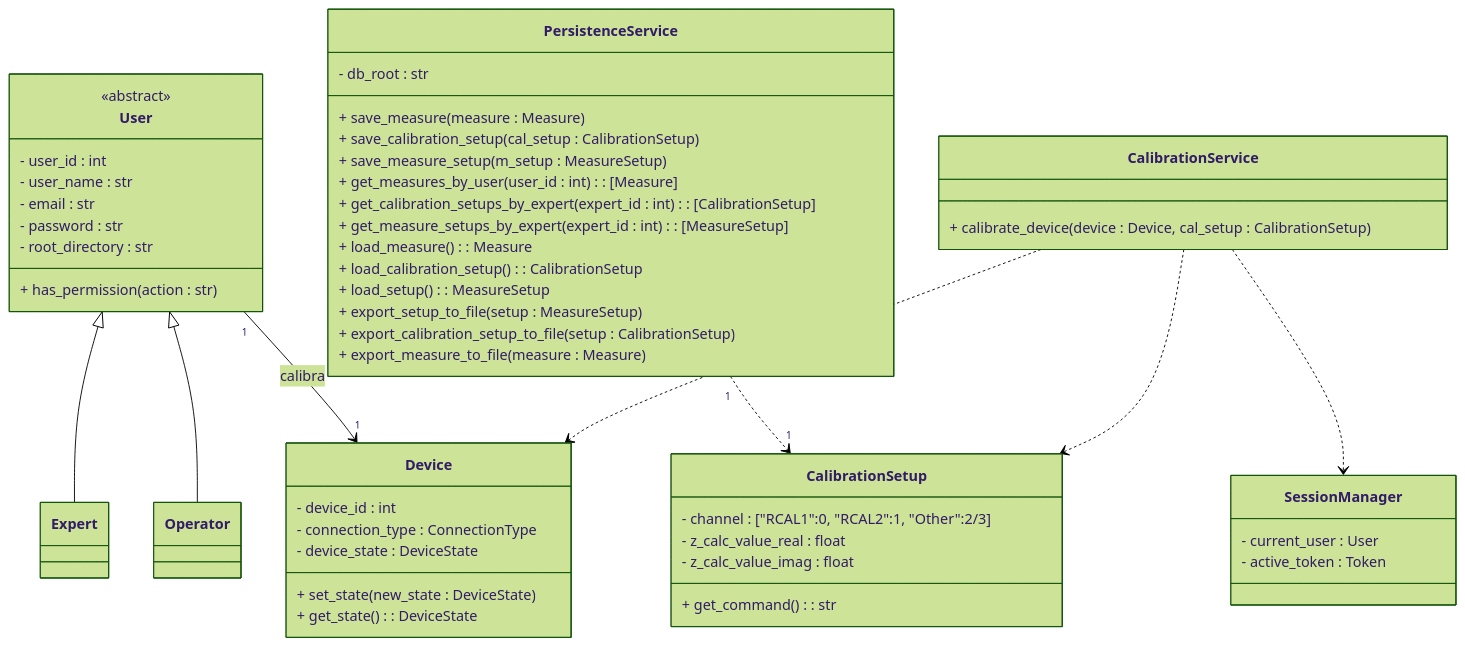
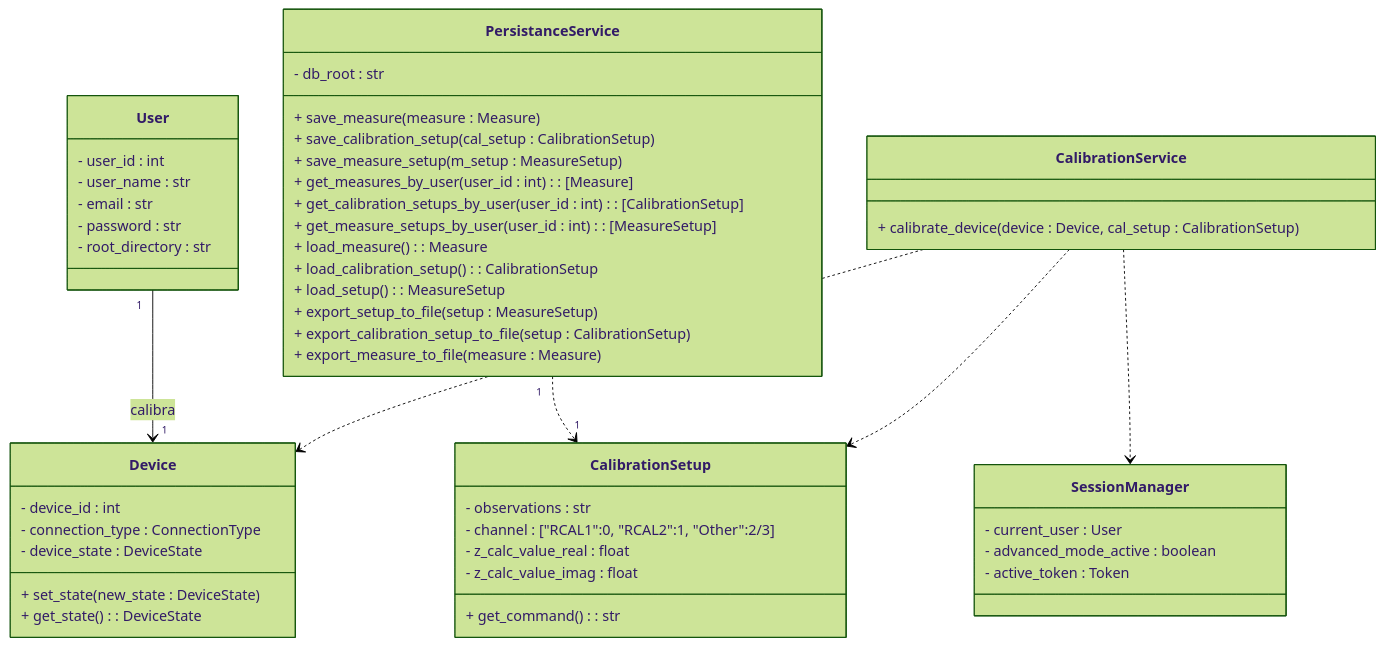
Diagram 14 of 22 in Gmini-MarkDown/Guanaco Mini.md (alegrelias/Repo-GMini), drawn with Mermaid (forest theme) before and after one commit. The commit also changed other lines of this file, not shown here.

Commit message:
Se agregan diagramas de CU actualizados al documento

````diff
--- a/Gmini-MarkDown/Guanaco Mini.md
+++ b/Gmini-MarkDown/Guanaco Mini.md
@@ -1439,78 +1419,67 @@
 ```mermaid
 classDiagram
-
-%% jerarquias
-User <|-- Expert
-User <|-- Operator
-
 %% clases
 class User {
-	<<abstract>>
 	- user_id : int
 	- user_name : str
 	- email : str
 	- password : str
 	- root_directory : str
-	+ has_permission(action : str)
-}
-    
-class Operator{
-
-}
-class Expert{
-
+	
 }
 
 class CalibrationSetup{
+	- observations : str
 	- channel : ["RCAL1":0, "RCAL2":1, "Other":2/3]
 	- z_calc_value_real : float
 	- z_calc_value_imag : float
 	+ get_command() : str
 }
 
 class Device{
 	- device_id : int
 	- connection_type : ConnectionType
 	- device_state : DeviceState
 	+ set_state(new_state : DeviceState)
 	+ get_state() : DeviceState
 }
 
 class CalibrationService{
 	+ calibrate_device(device : Device, cal_setup : CalibrationSetup)
 }
 
 class SessionManager{
 	- current_user : User
+	- advanced_mode_active : boolean
 	- active_token : Token
 }
 
-class PersistenceService{
+class PersistanceService{
 	- db_root : str
 	  
 	%% operaciones en db
 	+ save_measure(measure : Measure)
 	+ save_calibration_setup(cal_setup : CalibrationSetup)
 	+ save_measure_setup(m_setup : MeasureSetup)
 	+ get_measures_by_user(user_id : int) : [Measure]
-	+ get_calibration_setups_by_expert(expert_id : int) : [CalibrationSetup]
-	+ get_measure_setups_by_expert(expert_id : int) : [MeasureSetup]
+	+ get_calibration_setups_by_user(user_id : int) : [CalibrationSetup]
+	+ get_measure_setups_by_user(user_id : int) : [MeasureSetup]
 	  
 	%% operaciones en archivos
 	+ load_measure() : Measure
 	+ load_calibration_setup() : CalibrationSetup
 	+ load_setup() : MeasureSetup
 	+ export_setup_to_file(setup : MeasureSetup)
 	+ export_calibration_setup_to_file(setup : CalibrationSetup)
 	+ export_measure_to_file(measure : Measure)
 }
 
 %% relaciones
 User "1"-->"1" Device : calibra
 
-PersistenceService "1"..>"1" CalibrationSetup
+PersistanceService "1"..>"1" CalibrationSetup
 
 CalibrationService ..> Device
 CalibrationService ..> CalibrationSetup
 CalibrationService ..> SessionManager
 ```
````
